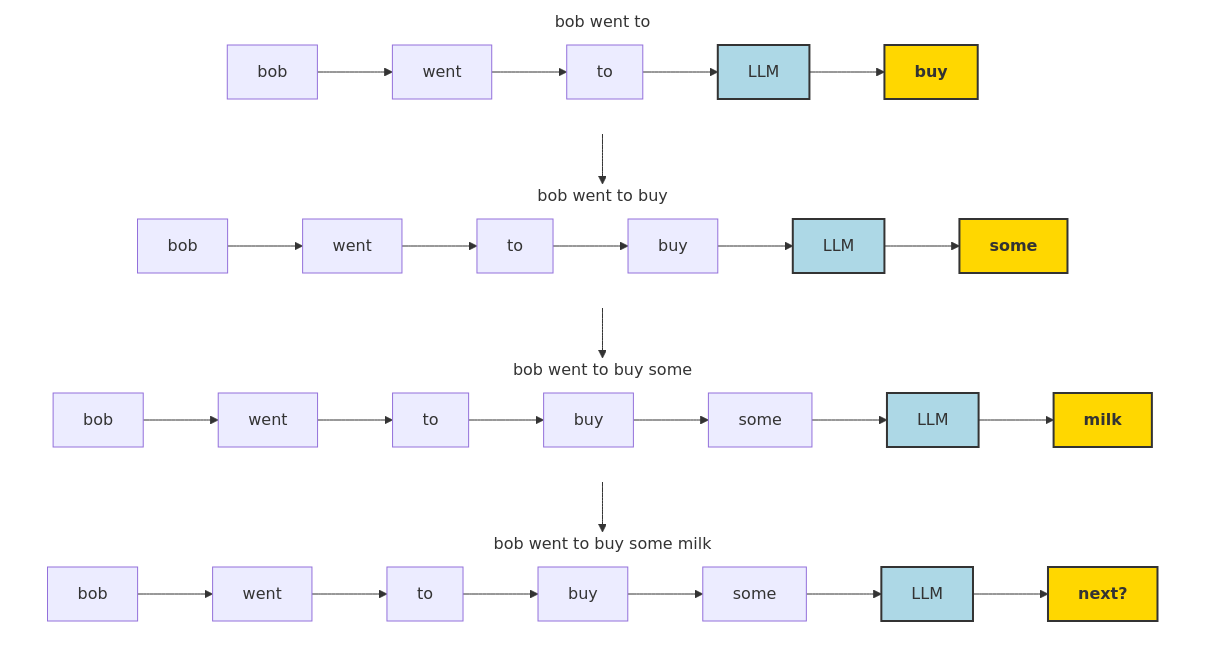
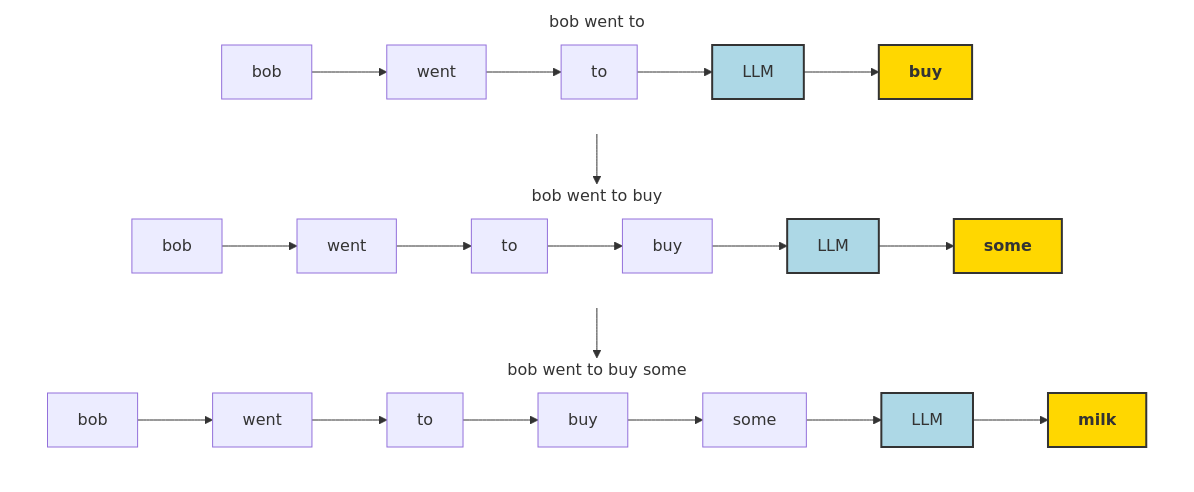
Before and after one commit to ubcecon/praxis-ubc: the second of 2 diagrams in econ227_notebooks/llm_dist.qmd, drawn with Mermaid. The commit also changed other lines of this file and 3 other files, not shown here.

````diff
--- a/econ227_notebooks/llm_dist.qmd
+++ b/econ227_notebooks/llm_dist.qmd
@@ -35,41 +36,32 @@
 ```{mermaid}
 flowchart TB
 
   subgraph S1["bob went to"]
     direction LR
     B1[bob] --> W1[went] --> T1[to] --> M1[LLM] --> P1[buy]
     style M1 fill:#ADD8E6,stroke:#333,stroke-width:2px
     style P1 fill:#FFD700,stroke:#333,stroke-width:2px,font-weight:bold
   end
 
   subgraph S2["bob went to buy"]
     direction LR
     B2[bob] --> W2[went] --> T2[to] --> B2b[buy] --> M2[LLM] --> P2[some]
     style M2 fill:#ADD8E6,stroke:#333,stroke-width:2px
     style P2 fill:#FFD700,stroke:#333,stroke-width:2px,font-weight:bold
   end
 
   subgraph S3["bob went to buy some"]
     direction LR
     B3[bob] --> W3[went] --> T3[to] --> B3b[buy] --> S3b[some] --> M3[LLM] --> P3[milk]
     style M3 fill:#ADD8E6,stroke:#333,stroke-width:2px
     style P3 fill:#FFD700,stroke:#333,stroke-width:2px,font-weight:bold
   end
 
-  subgraph S4["bob went to buy some milk"]
-    direction LR
-    B4[bob] --> W4[went] --> T4[to] --> B4b[buy] --> S4b[some] --> M4[LLM] --> P4[next?]
-    style M4 fill:#ADD8E6,stroke:#333,stroke-width:2px
-    style P4 fill:#FFD700,stroke:#333,stroke-width:2px,font-weight:bold
-  end
-
   %% Connect subgraphs to stack vertically
   S1 --> S2
   S2 --> S3
-  S3 --> S4
 
   style S1 fill:none,stroke:none
   style S2 fill:none,stroke:none
   style S3 fill:none,stroke:none
-  style S4 fill:none,stroke:none
 ```
````
